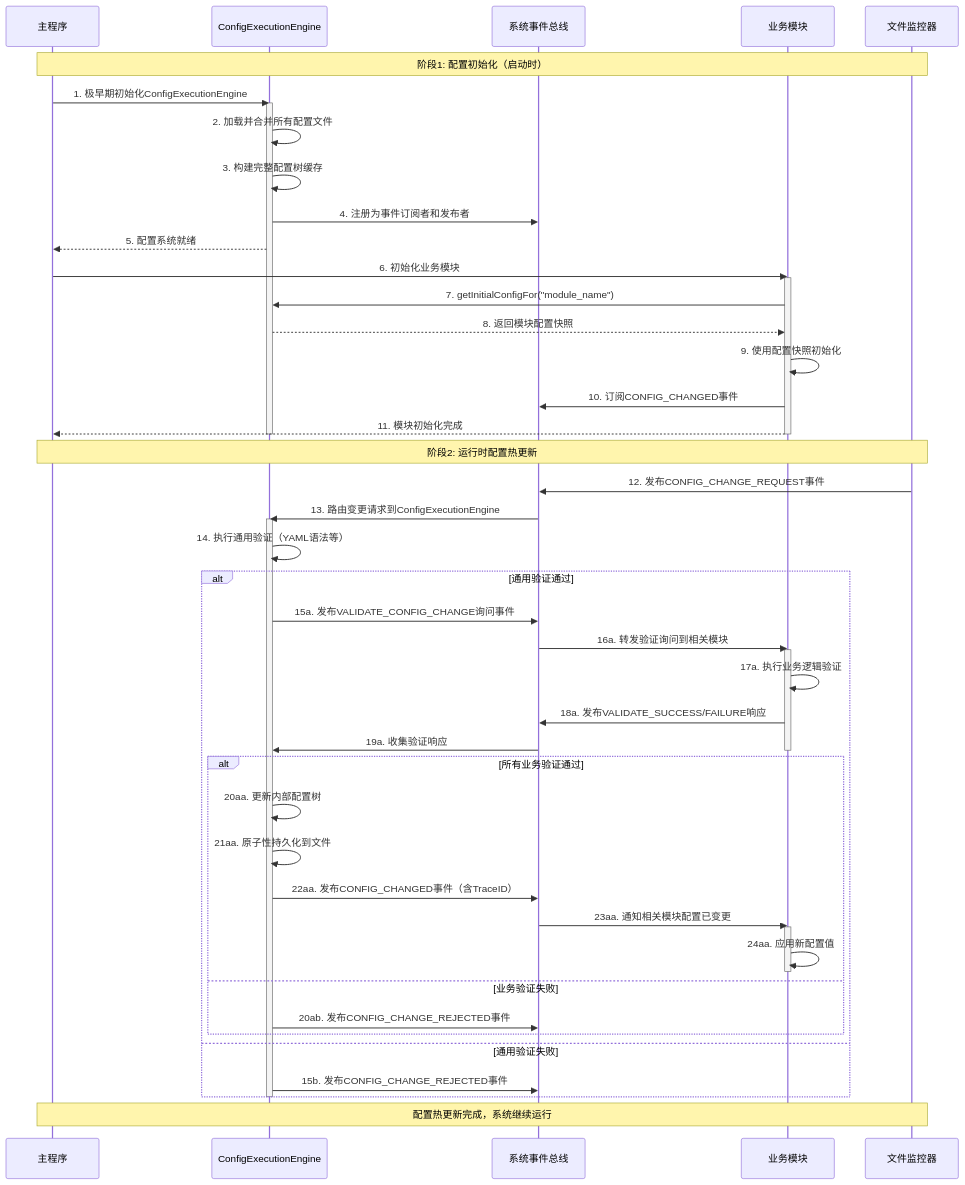
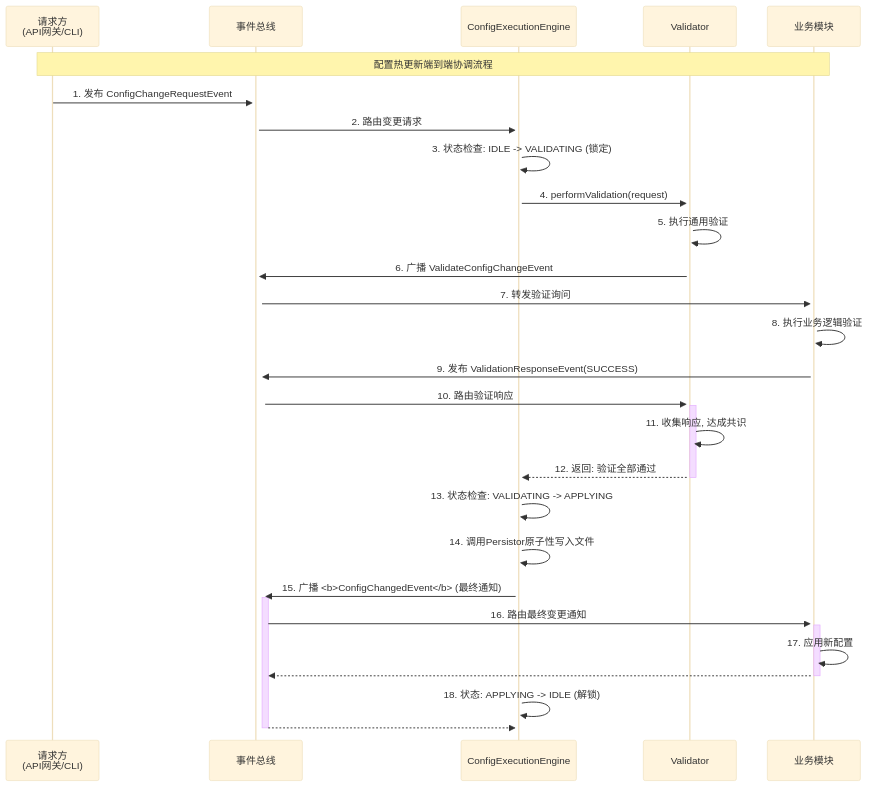
One commit to wendizhou99-cell/Radar changed the third of 8 diagrams in docs/01_项目设计/02_模块设计/06_配置管理模块设计.md. Above: the diagram before and after it, drawn with Mermaid. The commit also changed other lines of this file and 26 other files, not shown here.

First line of the commit message:
docs: 完成数据架构文档系列重构和Mermaid可视化指南增强

````diff
--- a/docs/01_项目设计/02_模块设计/06_配置管理模块设计.md
+++ b/docs/01_项目设计/02_模块设计/06_配置管理模块设计.md
@@ -318,61 +192,45 @@
 ```mermaid
+---
+  config:
+    theme: base
+    flowchart:
+      curve: basis
+---
 sequenceDiagram
-    participant Main as 主程序
-    participant ConfigEngine as ConfigExecutionEngine
-    participant EventBus as 系统事件总线
-    participant Module as 业务模块
-    participant FileWatcher as 文件监控器
+    participant Requester as 请求方<br/>(API网关/CLI)
+    participant EventBus as 事件总线
+    participant ExecEngine as ConfigExecutionEngine
+    participant Validator as Validator
+    participant BusinessModule as 业务模块
 
-    Note over Main,FileWatcher: 阶段1: 配置初始化（启动时）
+    Note over Requester,BusinessModule: 配置热更新端到端协调流程
 
-    Main->>ConfigEngine: 1. 极早期初始化ConfigExecutionEngine
-    activate ConfigEngine
-    ConfigEngine->>ConfigEngine: 2. 加载并合并所有配置文件
-    ConfigEngine->>ConfigEngine: 3. 构建完整配置树缓存
-    ConfigEngine->>EventBus: 4. 注册为事件订阅者和发布者
-    ConfigEngine-->>Main: 5. 配置系统就绪
+    Requester->>+EventBus: 1. 发布 ConfigChangeRequestEvent
+    EventBus->>+ExecEngine: 2. 路由变更请求
 
-    Main->>Module: 6. 初始化业务模块
-    activate Module
-    Module->>ConfigEngine: 7. getInitialConfigFor("module_name")
-    ConfigEngine-->>Module: 8. 返回模块配置快照
-    Module->>Module: 9. 使用配置快照初始化
-    Module->>EventBus: 10. 订阅CONFIG_CHANGED事件
-    Module-->>Main: 11. 模块初始化完成
-    deactivate Module
-    deactivate ConfigEngine
+    ExecEngine->>ExecEngine: 3. 状态检查: IDLE -> VALIDATING (锁定)
+    ExecEngine->>+Validator: 4. performValidation(request)
 
-    Note over Main,FileWatcher: 阶段2: 运行时配置热更新
+    Validator->>Validator: 5. 执行通用验证
+    Validator->>+EventBus: 6. 广播 ValidateConfigChangeEvent
+    EventBus->>+BusinessModule: 7. 转发验证询问
 
-    FileWatcher->>EventBus: 12. 发布CONFIG_CHANGE_REQUEST事件
-    EventBus->>ConfigEngine: 13. 路由变更请求到ConfigExecutionEngine
-    activate ConfigEngine
+    BusinessModule->>BusinessModule: 8. 执行业务逻辑验证
+    BusinessModule->>+EventBus: 9. 发布 ValidationResponseEvent(SUCCESS)
+    EventBus->>+Validator: 10. 路由验证响应
 
-    ConfigEngine->>ConfigEngine: 14. 执行通用验证（YAML语法等）
-    alt 通用验证通过
-        ConfigEngine->>EventBus: 15a. 发布VALIDATE_CONFIG_CHANGE询问事件
-        EventBus->>Module: 16a. 转发验证询问到相关模块
-        activate Module
-        Module->>Module: 17a. 执行业务逻辑验证
-        Module->>EventBus: 18a. 发布VALIDATE_SUCCESS/FAILURE响应
-        EventBus->>ConfigEngine: 19a. 收集验证响应
-        deactivate Module
+    Validator->>Validator: 11. 收集响应, 达成共识
+    Validator-->>-ExecEngine: 12. 返回: 验证全部通过
 
-        alt 所有业务验证通过
-            ConfigEngine->>ConfigEngine: 20aa. 更新内部配置树
-            ConfigEngine->>ConfigEngine: 21aa. 原子性持久化到文件
-            ConfigEngine->>EventBus: 22aa. 发布CONFIG_CHANGED事件（含TraceID）
-            EventBus->>Module: 23aa. 通知相关模块配置已变更
-            activate Module
-            Module->>Module: 24aa. 应用新配置值
-            deactivate Module
-        else 业务验证失败
-            ConfigEngine->>EventBus: 20ab. 发布CONFIG_CHANGE_REJECTED事件
-        end
-    else 通用验证失败
-        ConfigEngine->>EventBus: 15b. 发布CONFIG_CHANGE_REJECTED事件
-    end
-    deactivate ConfigEngine
+    ExecEngine->>ExecEngine: 13. 状态检查: VALIDATING -> APPLYING
+    ExecEngine->>ExecEngine: 14. 调用Persistor原子性写入文件
+    ExecEngine->>+EventBus: 15. 广播 <b>ConfigChangedEvent</b> (最终通知)
 
-    Note over Main,FileWatcher: 配置热更新完成，系统继续运行
+    EventBus->>+BusinessModule: 16. 路由最终变更通知
+    BusinessModule->>BusinessModule: 17. 应用新配置
+    BusinessModule-->>-EventBus:
+
+    ExecEngine->>ExecEngine: 18. 状态: APPLYING -> IDLE (解锁)
+
+    EventBus-->>-ExecEngine:
 ```
````
